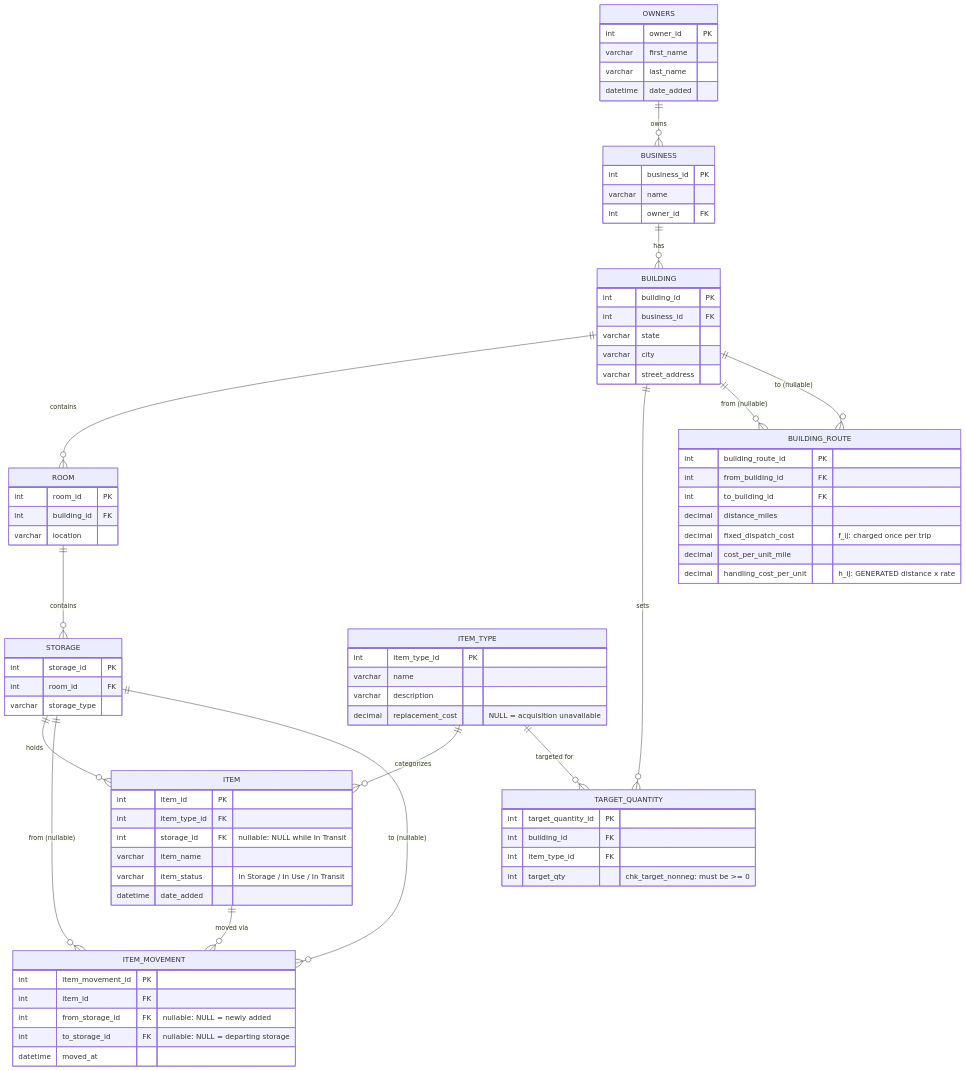
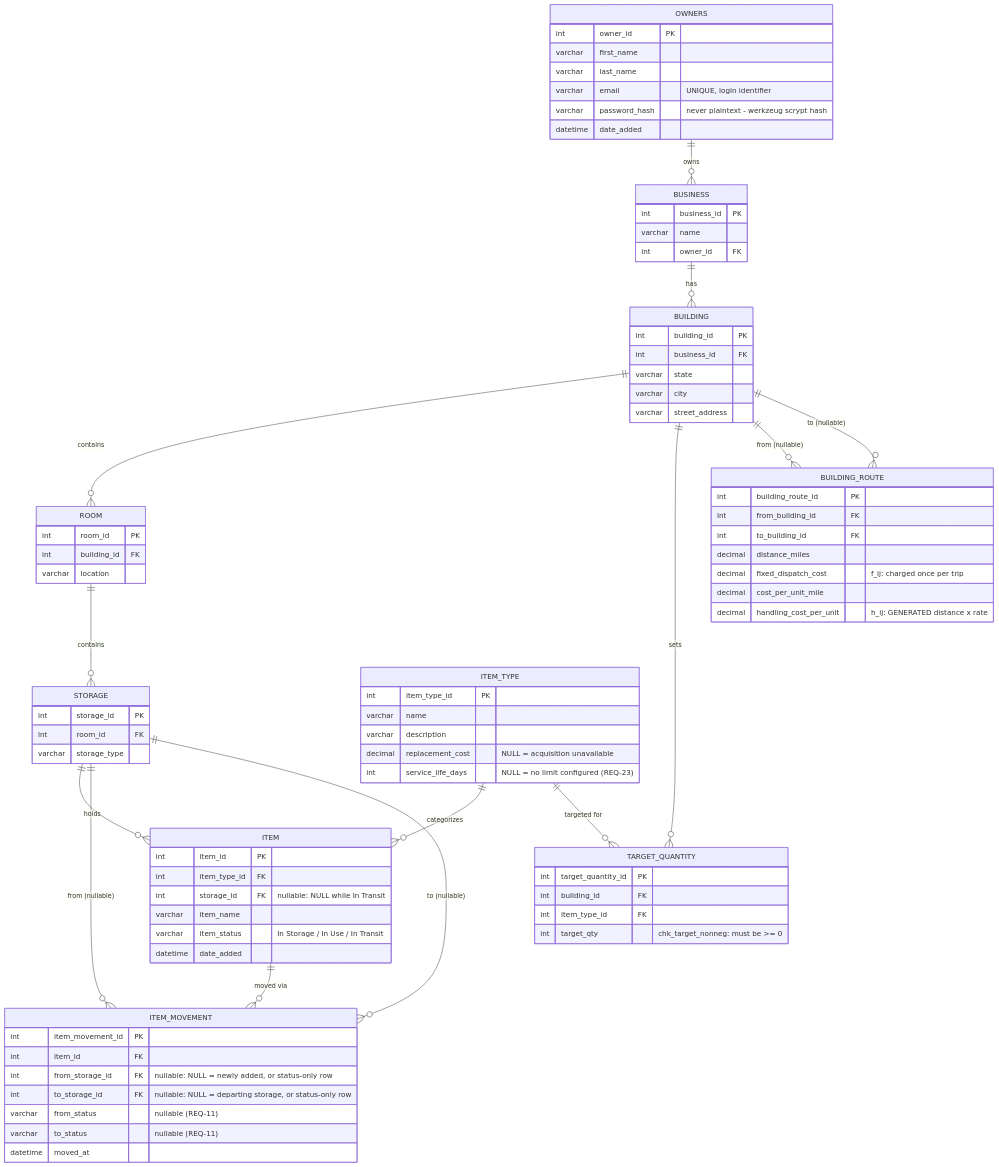
Before and after one commit to BaPark-FHSU-ASE/Group_1_Advanced_Software_Engineering_Proj: the diagram in Schema_versions/ERD_v3.mmd, drawn with Mermaid. The commit also changed 5 other files, not shown here.

First line of the commit message:
Add schema v6: item status history + item type service life

```diff
--- a/Schema_versions/ERD_v3.mmd
+++ b/Schema_versions/ERD_v3.mmd
@@ -1,93 +1,102 @@
-%% Stock Daddy — ERD for schema_v3.sql
-%% Generated from Schema_versions/schema_v3.sql (current canonical schema on main).
+%% Stock Daddy — ERD for schema_v6.sql
+%% Generated from Schema_versions/schema_v6.sql (current canonical schema on main,
+%% SQLite dialect). Filename kept as ERD_v3.mmd for historical continuity with the
+%% artifact/doc references to it; content below reflects v6 (adds
+%% item_movement.from_status/to_status for REQ-11 and item_type.service_life_days
+%% for REQ-23 - see schema_v6.sql's changelog).
 %% Paste into any Mermaid renderer (Mermaid Live Editor, GitHub markdown, Notion, etc.)
 %% to get a diagram, or use as reference to rebuild the LucidChart version.
 
 erDiagram
     OWNERS ||--o{ BUSINESS : owns
     BUSINESS ||--o{ BUILDING : has
     BUILDING ||--o{ ROOM : contains
     ROOM ||--o{ STORAGE : contains
     STORAGE ||--o{ ITEM : holds
     ITEM_TYPE ||--o{ ITEM : categorizes
     BUILDING ||--o{ TARGET_QUANTITY : sets
     ITEM_TYPE ||--o{ TARGET_QUANTITY : "targeted for"
     ITEM ||--o{ ITEM_MOVEMENT : "moved via"
     STORAGE ||--o{ ITEM_MOVEMENT : "from (nullable)"
     STORAGE ||--o{ ITEM_MOVEMENT : "to (nullable)"
     BUILDING ||--o{ BUILDING_ROUTE : "from (nullable)"
     BUILDING ||--o{ BUILDING_ROUTE : "to (nullable)"
 
     OWNERS {
         int owner_id PK
         varchar first_name
         varchar last_name
+        varchar email "UNIQUE, login identifier"
+        varchar password_hash "never plaintext - werkzeug scrypt hash"
         datetime date_added
     }
 
     BUSINESS {
         int business_id PK
         varchar name
         int owner_id FK
     }
 
     BUILDING {
         int building_id PK
         int business_id FK
         varchar state
         varchar city
         varchar street_address
     }
 
     ROOM {
         int room_id PK
         int building_id FK
         varchar location
     }
 
     STORAGE {
         int storage_id PK
         int room_id FK
         varchar storage_type
     }
 
     ITEM_TYPE {
         int item_type_id PK
         varchar name
         varchar description
         decimal replacement_cost "NULL = acquisition unavailable"
+        int service_life_days "NULL = no limit configured (REQ-23)"
     }
 
     ITEM {
         int item_id PK
         int item_type_id FK
         int storage_id FK "nullable: NULL while In Transit"
         varchar item_name
         varchar item_status "In Storage / In Use / In Transit"
         datetime date_added
     }
 
     TARGET_QUANTITY {
         int target_quantity_id PK
         int building_id FK
         int item_type_id FK
         int target_qty "chk_target_nonneg: must be >= 0"
     }
 
     ITEM_MOVEMENT {
         int item_movement_id PK
         int item_id FK
-        int from_storage_id FK "nullable: NULL = newly added"
-        int to_storage_id FK "nullable: NULL = departing storage"
+        int from_storage_id FK "nullable: NULL = newly added, or status-only row"
+        int to_storage_id FK "nullable: NULL = departing storage, or status-only row"
+        varchar from_status "nullable (REQ-11)"
+        varchar to_status "nullable (REQ-11)"
         datetime moved_at
     }
 
     BUILDING_ROUTE {
         int building_route_id PK
         int from_building_id FK
         int to_building_id FK
         decimal distance_miles
         decimal fixed_dispatch_cost "f_ij: charged once per trip"
         decimal cost_per_unit_mile
         decimal handling_cost_per_unit "h_ij: GENERATED distance x rate"
     }
```
